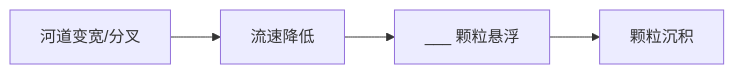
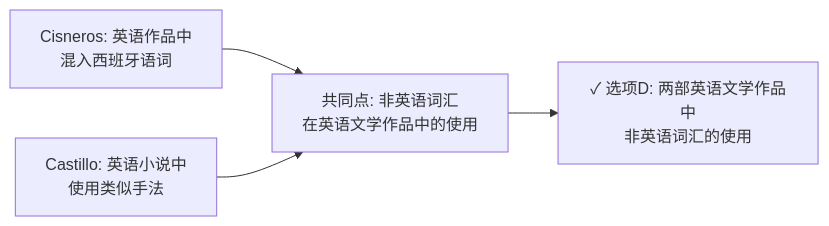
One commit to xieguaiwu/Notes changed the first of 6 diagrams in SAT/SAT RW 25.5-4 错题分析.md. Above: the diagram before and after it, drawn with Mermaid. The commit also changed other lines of this file and 2 other files, not shown here.

````diff
--- a/SAT/SAT RW 25.5-4 错题分析.md
+++ b/SAT/SAT RW 25.5-4 错题分析.md
@@ -108,6 +69,6 @@
 ```mermaid
 flowchart LR
-    A[河道变宽/分叉] --> B[流速降低]
-    B --> C[___ 颗粒悬浮]
-    C --> D[颗粒沉积]
+    A[Cisneros: 英语作品中<br>混入西班牙语词] --> C[共同点: 非英语词汇<br>在英语文学作品中的使用]
+    B[Castillo: 英语小说中<br>使用类似手法] --> C
+    C --> D[✓ 选项D: 两部英语文学作品中<br>非英语词汇的使用]
 ```
````
